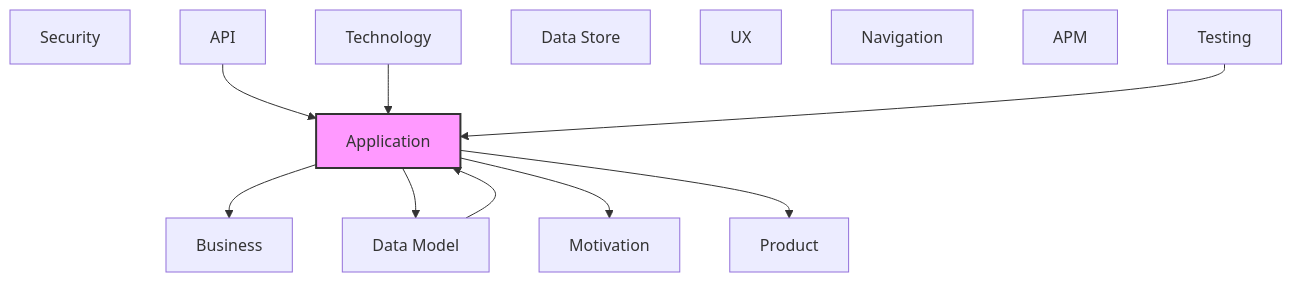
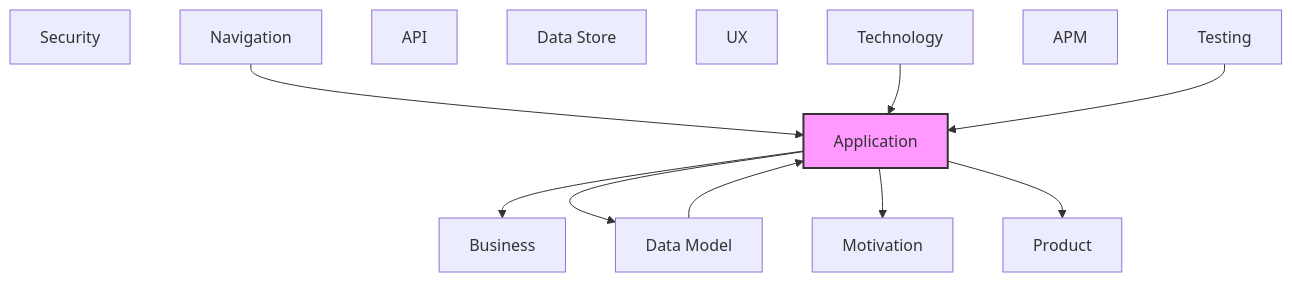
One commit to tinkermonkey/heimdall changed the diagram in documentation-robotics/reports/05-application-layer-report.md. Above: the diagram before and after it, drawn with Mermaid. The commit also changed other lines of this file and 68 other files, not shown here.

````diff
--- a/documentation-robotics/reports/05-application-layer-report.md
+++ b/documentation-robotics/reports/05-application-layer-report.md
@@ -108,26 +157,26 @@
 ```mermaid
 flowchart TB
   classDef current fill:#f9f,stroke:#333,stroke-width:2px
   motivation["Motivation"]
   business["Business"]
   product["Product"]
   security["Security"]
   application["Application"]
   technology["Technology"]
   api["API"]
   data_model["Data Model"]
   data_store["Data Store"]
   ux["UX"]
   navigation["Navigation"]
   apm["APM"]
   testing["Testing"]
-  api --> application
   application --> business
   application --> data_model
   application --> motivation
   application --> product
   data_model --> application
+  navigation --> application
   technology --> application
   testing --> application
   class application current
 ```
````
